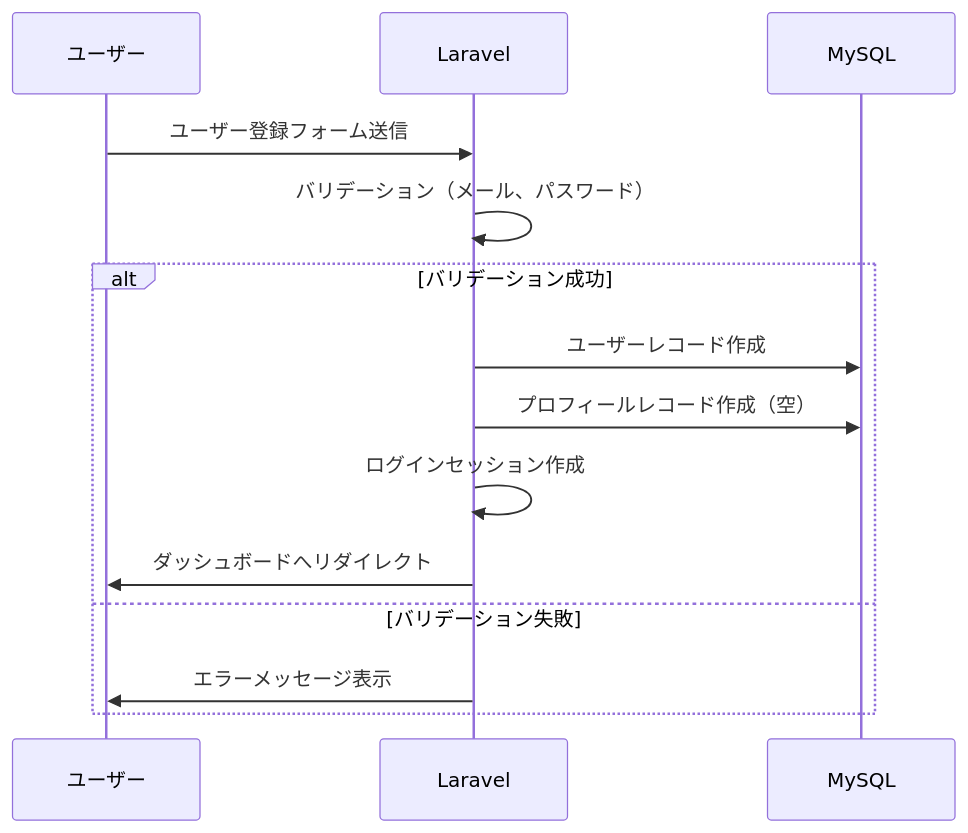
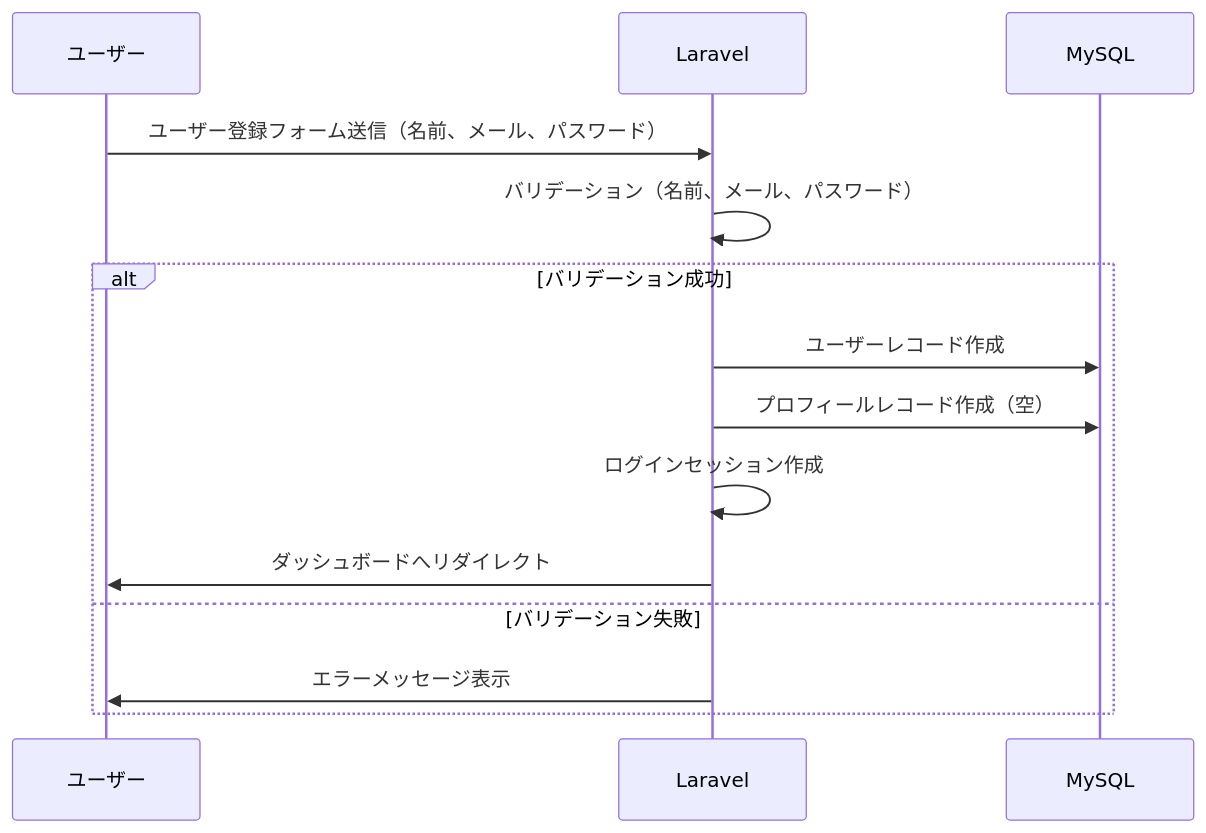
The first of 7 diagrams in docs/design-docs/05_data_flow.md (tetsu2026/movie-profile), drawn with Mermaid before and after one commit. The commit also changed other lines of this file and 9 other files, not shown here.

````diff
--- a/docs/design-docs/05_data_flow.md
+++ b/docs/design-docs/05_data_flow.md
@@ -7,17 +7,17 @@
 ```mermaid
 sequenceDiagram
     participant U as ユーザー
     participant L as Laravel
     participant DB as MySQL
 
-    U->>L: ユーザー登録フォーム送信
-    L->>L: バリデーション（メール、パスワード）
+    U->>L: ユーザー登録フォーム送信（名前、メール、パスワード）
+    L->>L: バリデーション（名前、メール、パスワード）
     alt バリデーション成功
         L->>DB: ユーザーレコード作成
         L->>DB: プロフィールレコード作成（空）
         L->>L: ログインセッション作成
         L->>U: ダッシュボードへリダイレクト
     else バリデーション失敗
         L->>U: エラーメッセージ表示
     end
 ```
````
